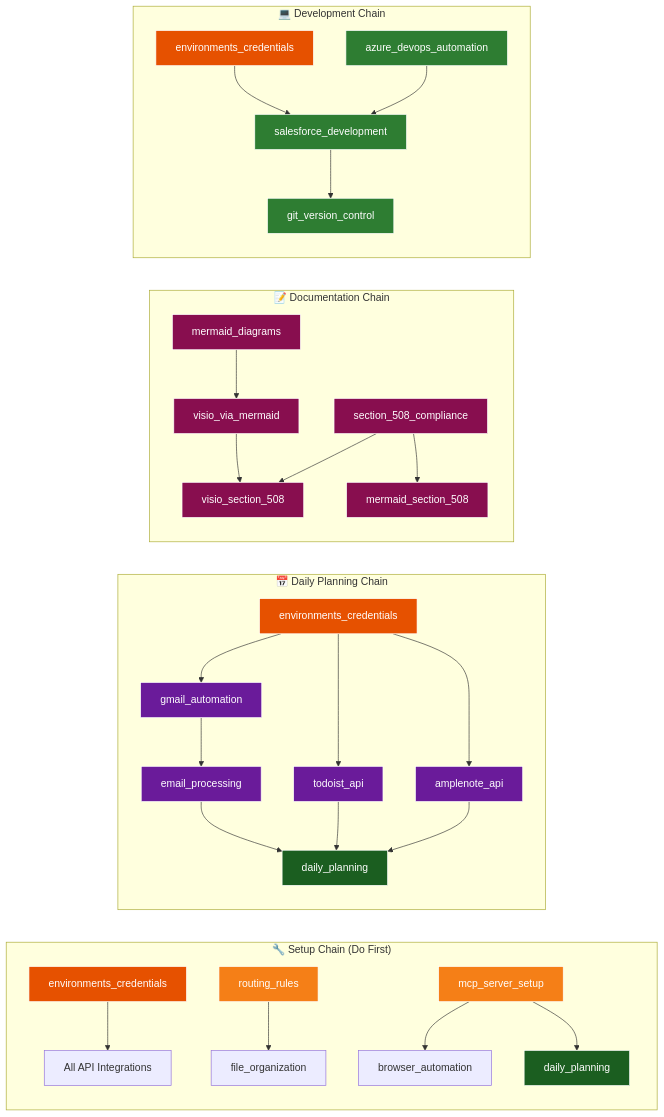
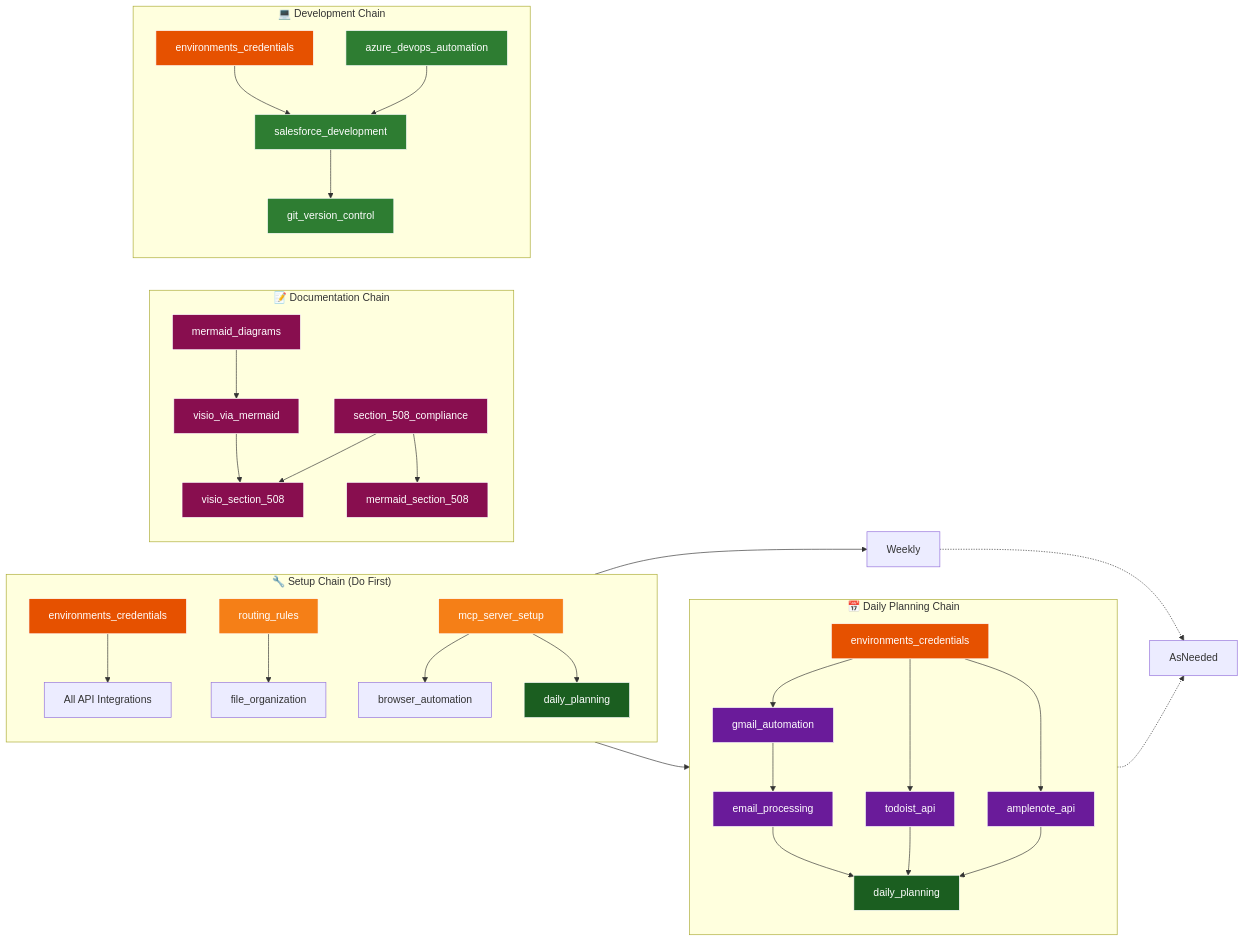
Before and after one commit to adourish/skills: the fourth of 10 diagrams in README.md, drawn with Mermaid. The commit also changed other lines of this file and 2 other files, not shown here.

First line of the commit message:
Add Section 508 color palette and diagram icons skills

````diff
--- a/README.md
+++ b/README.md
@@ -619,52 +623,57 @@
 ```mermaid
 graph LR
     subgraph Setup["🔧 Setup Chain (Do First)"]
         EC1[environments_credentials] --> API[All API Integrations]
         RR[routing_rules] --> FO[file_organization]
         MCP[mcp_server_setup] --> BA[browser_automation]
         MCP --> DP1[daily_planning]
     end
     
     subgraph Daily["📅 Daily Planning Chain"]
         EC2[environments_credentials] --> GA[gmail_automation]
         GA --> EP[email_processing]
         EP --> DP2[daily_planning]
         EC2 --> TA[todoist_api]
         TA --> DP2
         EC2 --> AA[amplenote_api]
         AA --> DP2
     end
     
     subgraph Docs["📝 Documentation Chain"]
         MD[mermaid_diagrams] --> VVM[visio_via_mermaid]
         VVM --> V508[visio_section_508]
         S508[section_508_compliance] --> M508[mermaid_section_508]
         S508 --> V508
     end
     
     subgraph Dev["💻 Development Chain"]
         EC3[environments_credentials] --> SF[salesforce_development]
         SF --> GIT[git_version_control]
         ADO[azure_devops_automation] --> SF
     end
     
+    Setup --> Daily
+    Setup --> Weekly
+    Daily -.-> AsNeeded
+    Weekly -.-> AsNeeded
+    
     style EC1 fill:#e65100,stroke:#ffffff,color:#ffffff
     style EC2 fill:#e65100,stroke:#ffffff,color:#ffffff
     style EC3 fill:#e65100,stroke:#ffffff,color:#ffffff
     style RR fill:#f57f17,stroke:#ffffff,color:#ffffff
     style MCP fill:#f57f17,stroke:#ffffff,color:#ffffff
     style DP1 fill:#1b5e20,stroke:#ffffff,color:#ffffff
     style DP2 fill:#1b5e20,stroke:#ffffff,color:#ffffff
     style GA fill:#6a1b9a,stroke:#ffffff,color:#ffffff
     style EP fill:#6a1b9a,stroke:#ffffff,color:#ffffff
     style TA fill:#6a1b9a,stroke:#ffffff,color:#ffffff
     style AA fill:#6a1b9a,stroke:#ffffff,color:#ffffff
     style MD fill:#880e4f,stroke:#ffffff,color:#ffffff
     style VVM fill:#880e4f,stroke:#ffffff,color:#ffffff
     style V508 fill:#880e4f,stroke:#ffffff,color:#ffffff
     style S508 fill:#880e4f,stroke:#ffffff,color:#ffffff
     style M508 fill:#880e4f,stroke:#ffffff,color:#ffffff
     style SF fill:#2e7d32,stroke:#ffffff,color:#ffffff
     style GIT fill:#2e7d32,stroke:#ffffff,color:#ffffff
     style ADO fill:#2e7d32,stroke:#ffffff,color:#ffffff
 ```
````
